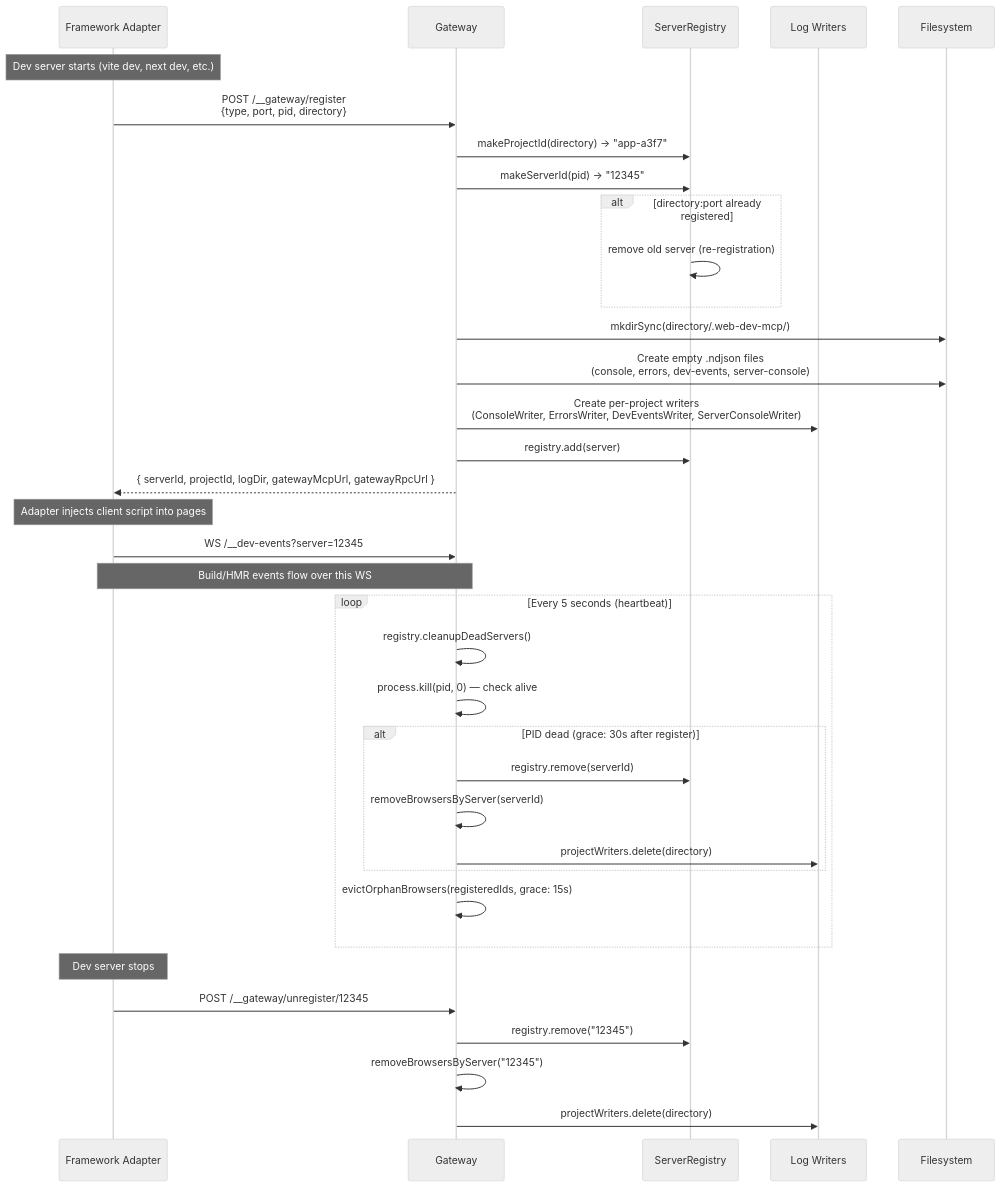
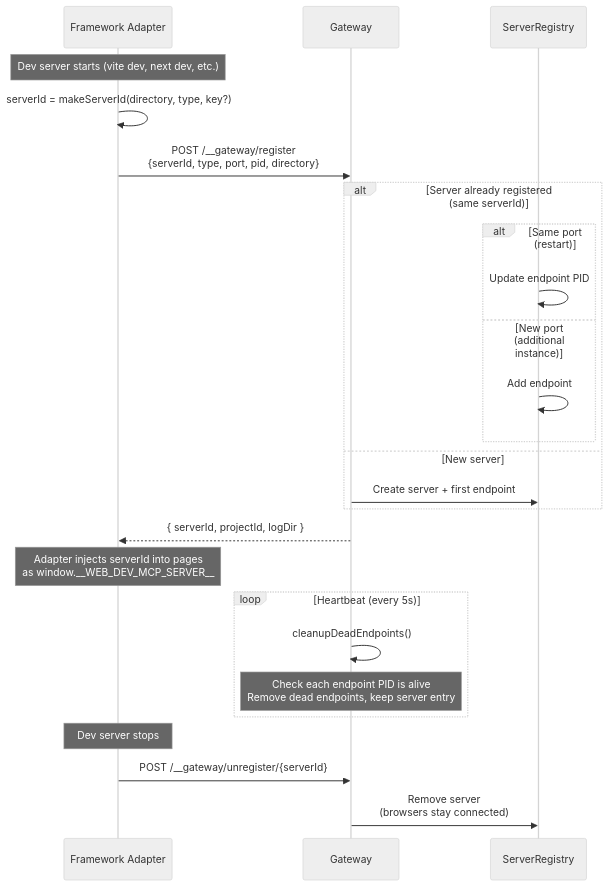
The fourth of 6 diagrams in docs/architecture.md (WinstonFassett/webdev-ai), drawn with Mermaid (neutral theme) before and after one commit. The commit also changed other lines of this file and 10 other files, not shown here.

First line of the commit message:
refactor: stable server identity model + browser_* MCP tools

````diff
--- a/docs/architecture.md
+++ b/docs/architecture.md
@@ -202,47 +159,34 @@
 ```mermaid
 sequenceDiagram
     participant Adapter as Framework Adapter
     participant Gateway
     participant Registry as ServerRegistry
-    participant Writers as Log Writers
-    participant FS as Filesystem
 
     Note over Adapter: Dev server starts (vite dev, next dev, etc.)
 
-    Adapter->>Gateway: POST /__gateway/register<br/>{type, port, pid, directory}
-    Gateway->>Registry: makeProjectId(directory) → "app-a3f7"
-    Gateway->>Registry: makeServerId(pid) → "12345"
-
-    alt directory:port already registered
-        Registry->>Registry: remove old server (re-registration)
+    Adapter->>Adapter: serverId = makeServerId(directory, type, key?)
+    Adapter->>Gateway: POST /__gateway/register<br/>{serverId, type, port, pid, directory}
+    
+    alt Server already registered (same serverId)
+        alt Same port (restart)
+            Registry->>Registry: Update endpoint PID
+        else New port (additional instance)
+            Registry->>Registry: Add endpoint
+        end
+    else New server
+        Gateway->>Registry: Create server + first endpoint
     end
 
-    Gateway->>FS: mkdirSync(directory/.web-dev-mcp/)
-    Gateway->>FS: Create empty .ndjson files<br/>(console, errors, dev-events, server-console)
-    Gateway->>Writers: Create per-project writers<br/>(ConsoleWriter, ErrorsWriter, DevEventsWriter, ServerConsoleWriter)
-    Gateway->>Registry: registry.add(server)
-    Gateway-->>Adapter: { serverId, projectId, logDir, gatewayMcpUrl, gatewayRpcUrl }
+    Gateway-->>Adapter: { serverId, projectId, logDir }
 
-    Note over Adapter: Adapter injects client script into pages
+    Note over Adapter: Adapter injects serverId into pages<br/>as window.__WEB_DEV_MCP_SERVER__
 
-    Adapter->>Gateway: WS /__dev-events?server=12345
-    Note over Adapter,Gateway: Build/HMR events flow over this WS
-
-    loop Every 5 seconds (heartbeat)
-        Gateway->>Gateway: registry.cleanupDeadServers()
-        Gateway->>Gateway: process.kill(pid, 0) — check alive
-        alt PID dead (grace: 30s after register)
-            Gateway->>Registry: registry.remove(serverId)
-            Gateway->>Gateway: removeBrowsersByServer(serverId)
-            Gateway->>Writers: projectWriters.delete(directory)
-        end
-        Gateway->>Gateway: evictOrphanBrowsers(registeredIds, grace: 15s)
+    loop Heartbeat (every 5s)
+        Gateway->>Gateway: cleanupDeadEndpoints()
+        Note over Gateway: Check each endpoint PID is alive<br/>Remove dead endpoints, keep server entry
     end
 
     Note over Adapter: Dev server stops
-
-    Adapter->>Gateway: POST /__gateway/unregister/12345
-    Gateway->>Registry: registry.remove("12345")
-    Gateway->>Gateway: removeBrowsersByServer("12345")
-    Gateway->>Writers: projectWriters.delete(directory)
+    Adapter->>Gateway: POST /__gateway/unregister/{serverId}
+    Gateway->>Registry: Remove server<br/>(browsers stay connected)
 ```
````
